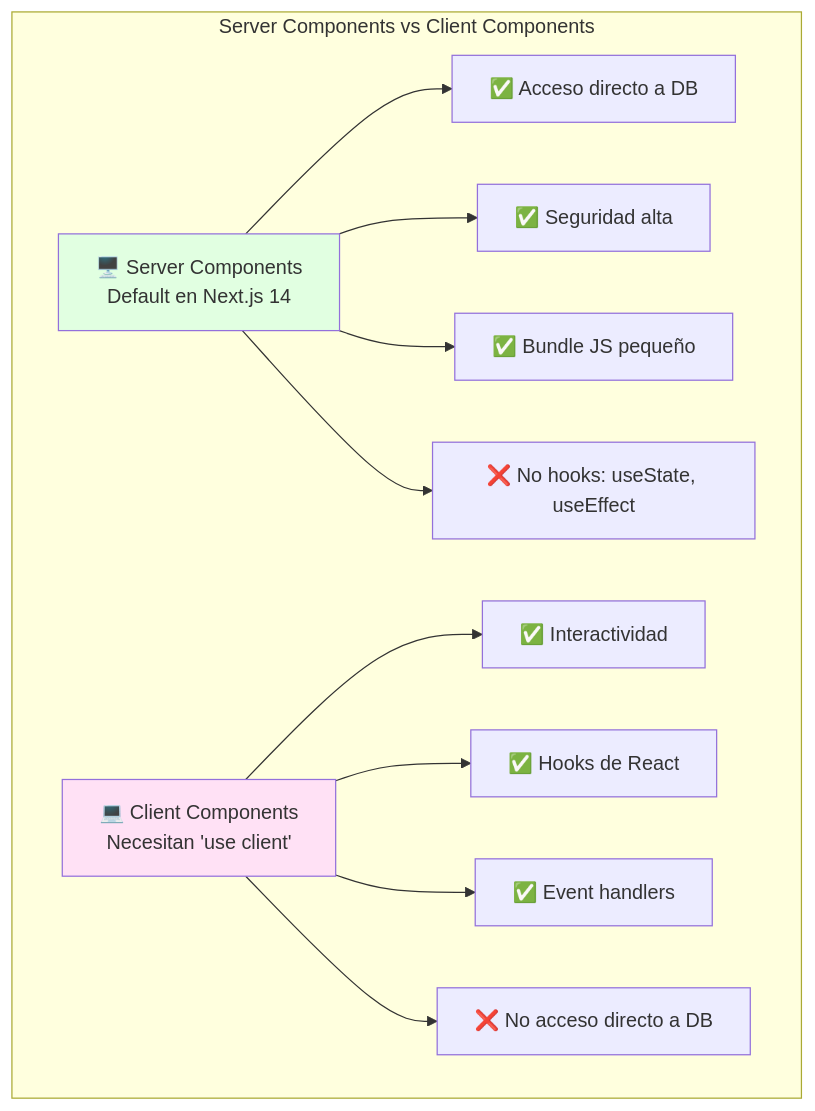
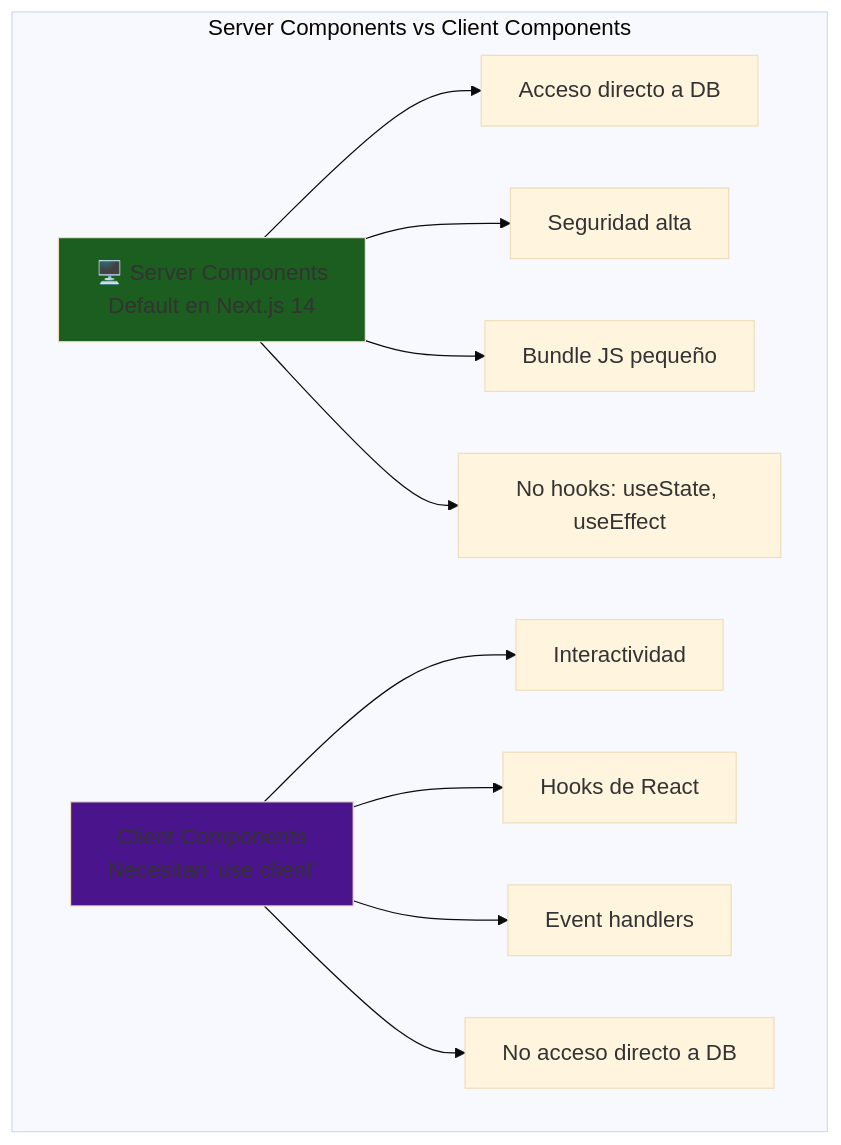
Before and after one commit to Ai-Whisperers/Courses-Content: the fourth of 7 diagrams in courses/🟡-development/FPUNA-2026/01-DESARROLLO-SOFTWARE/especializaciones/web-development/01-fundamentos-nextjs.md, drawn with Mermaid. The commit also changed other lines of this file and 47 other files, not shown here.

First line of the commit message:
fix: Make all 473 diagrams WCAG AAA accessible (FPUNA-2026)

````diff
--- a/courses/🟡-development/FPUNA-2026/01-DESARROLLO-SOFTWARE/especializaciones/web-development/01-fundamentos-nextjs.md
+++ b/courses/🟡-development/FPUNA-2026/01-DESARROLLO-SOFTWARE/especializaciones/web-development/01-fundamentos-nextjs.md
@@ -316,20 +319,21 @@
 ```mermaid
+%%{init: {'theme':'base', 'themeVariables': {'fontSize':'18px'}}}%%
 graph TD
     subgraph "Server Components vs Client Components"
         A[🖥️ Server Components<br/>Default en Next.js 14]
-        B[💻 Client Components<br/>Necesitan 'use client']
+        B[Client Components<br/>Necesitan 'use client']
         
-        A --> A1[✅ Acceso directo a DB]
-        A --> A2[✅ Seguridad alta]
-        A --> A3[✅ Bundle JS pequeño]
-        A --> A4[❌ No hooks: useState, useEffect]
+        A --> A1[Acceso directo a DB]
+        A --> A2[Seguridad alta]
+        A --> A3[Bundle JS pequeño]
+        A --> A4[No hooks: useState, useEffect]
         
-        B --> B1[✅ Interactividad]
-        B --> B2[✅ Hooks de React]
-        B --> B3[✅ Event handlers]
-        B --> B4[❌ No acceso directo a DB]
+        B --> B1[Interactividad]
+        B --> B2[Hooks de React]
+        B --> B3[Event handlers]
+        B --> B4[No acceso directo a DB]
     end
     
-    style A fill:#E1FFE1
-    style B fill:#FFE1F5
+    style A fill:#1b5e20
+    style B fill:#4a148c
 ```
````
